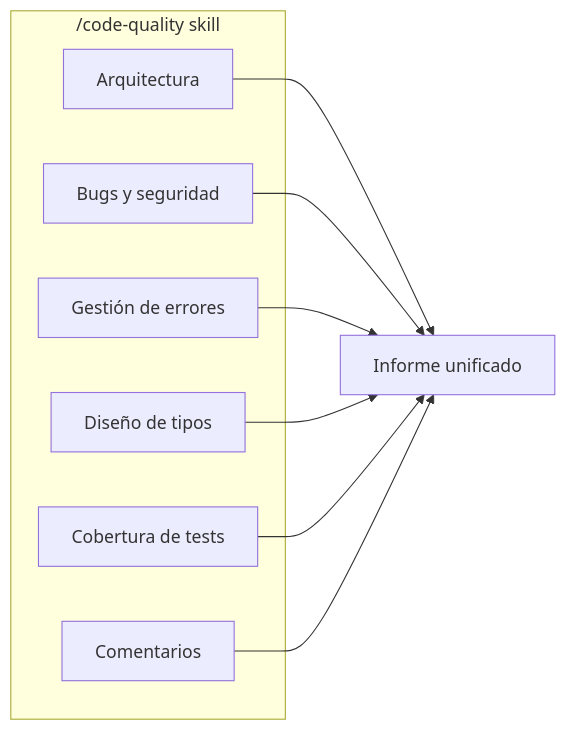
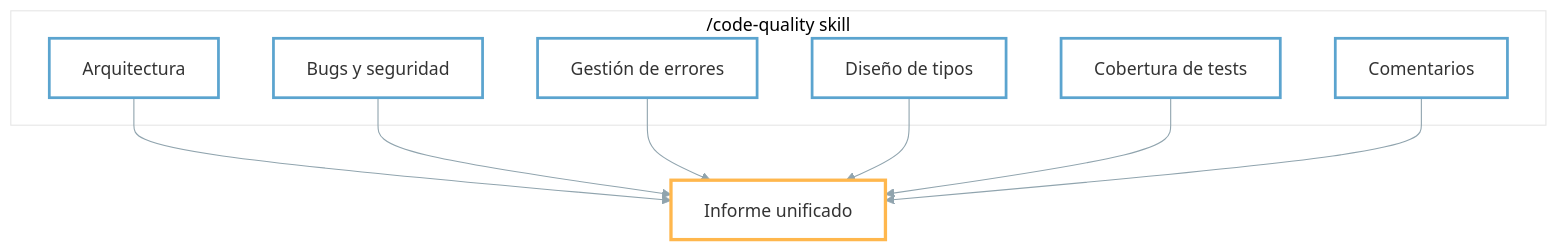
Before and after one commit to INS-JVidal/beyond-vibe-coding: the first of 5 diagrams in src/content/blog/es/dos-modelos-mismo-codigo.md, drawn with Mermaid. The commit also changed other lines of this file, not shown here.

Commit message:
Update diagrams and content in dos-modelos-mismo-codigo.md

````diff
--- a/src/content/blog/es/dos-modelos-mismo-codigo.md
+++ b/src/content/blog/es/dos-modelos-mismo-codigo.md
@@ -32,18 +32,33 @@
 ```mermaid
-graph LR
-    subgraph "/code-quality skill"
-        A[Arquitectura]
-        B[Bugs y seguridad]
-        C[Gestión de errores]
-        D[Diseño de tipos]
-        E[Cobertura de tests]
-        F[Comentarios]
+%%{init: {'theme': 'base', 'themeVariables': {
+  'primaryColor': '#ffffff',
+  'primaryTextColor': '#333333',
+  'primaryBorderColor': '#5BA4CF',
+  'lineColor': '#90A4AE',
+  'fontSize': '16px'
+}}}%%
+graph TB
+    subgraph skill ["/code-quality skill"]
+        A["Arquitectura"]
+        B["Bugs y seguridad"]
+        C["Gestión de errores"]
+        D["Diseño de tipos"]
+        E["Cobertura de tests"]
+        F["Comentarios"]
     end
 
-    A --> R[Informe unificado]
+    A --> R["Informe unificado"]
     B --> R
     C --> R
     D --> R
     E --> R
     F --> R
+
+    style A fill:#ffffff,stroke:#5BA4CF,stroke-width:2.5px
+    style B fill:#ffffff,stroke:#5BA4CF,stroke-width:2.5px
+    style C fill:#ffffff,stroke:#5BA4CF,stroke-width:2.5px
+    style D fill:#ffffff,stroke:#5BA4CF,stroke-width:2.5px
+    style E fill:#ffffff,stroke:#5BA4CF,stroke-width:2.5px
+    style F fill:#ffffff,stroke:#5BA4CF,stroke-width:2.5px
+    style R fill:#ffffff,stroke:#FFB74D,stroke-width:3px
 ```
````
